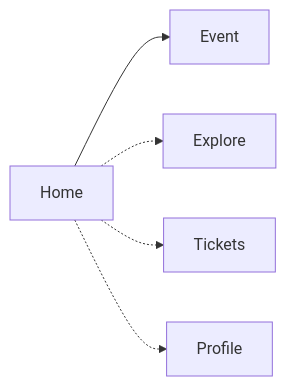
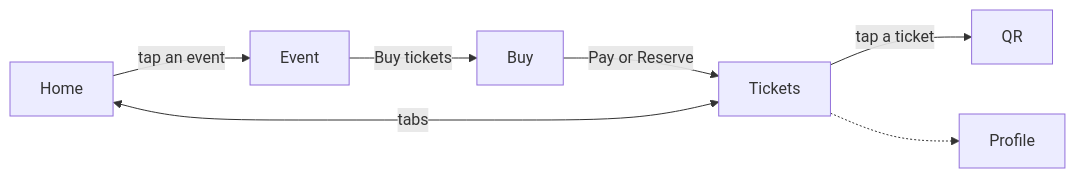
One commit to joaocvduarte/homeout changed the diagram in aidd_docs/memory/navigation.md. Above: the diagram before and after it, drawn with Mermaid. The commit also changed other lines of this file and 10 other files, not shown here.

````diff
--- a/aidd_docs/memory/navigation.md
+++ b/aidd_docs/memory/navigation.md
@@ -12,5 +13,9 @@
 ```mermaid
 flowchart LR
-  Home --> Event
-  Home -.-> Explore & Tickets & Profile
+  Home -->|tap an event| Event
+  Event -->|Buy tickets| Buy
+  Buy -->|Pay or Reserve| Tickets
+  Tickets -->|tap a ticket| QR
+  Home <-->|tabs| Tickets
+  Tickets -.-> Profile
 ```
````
